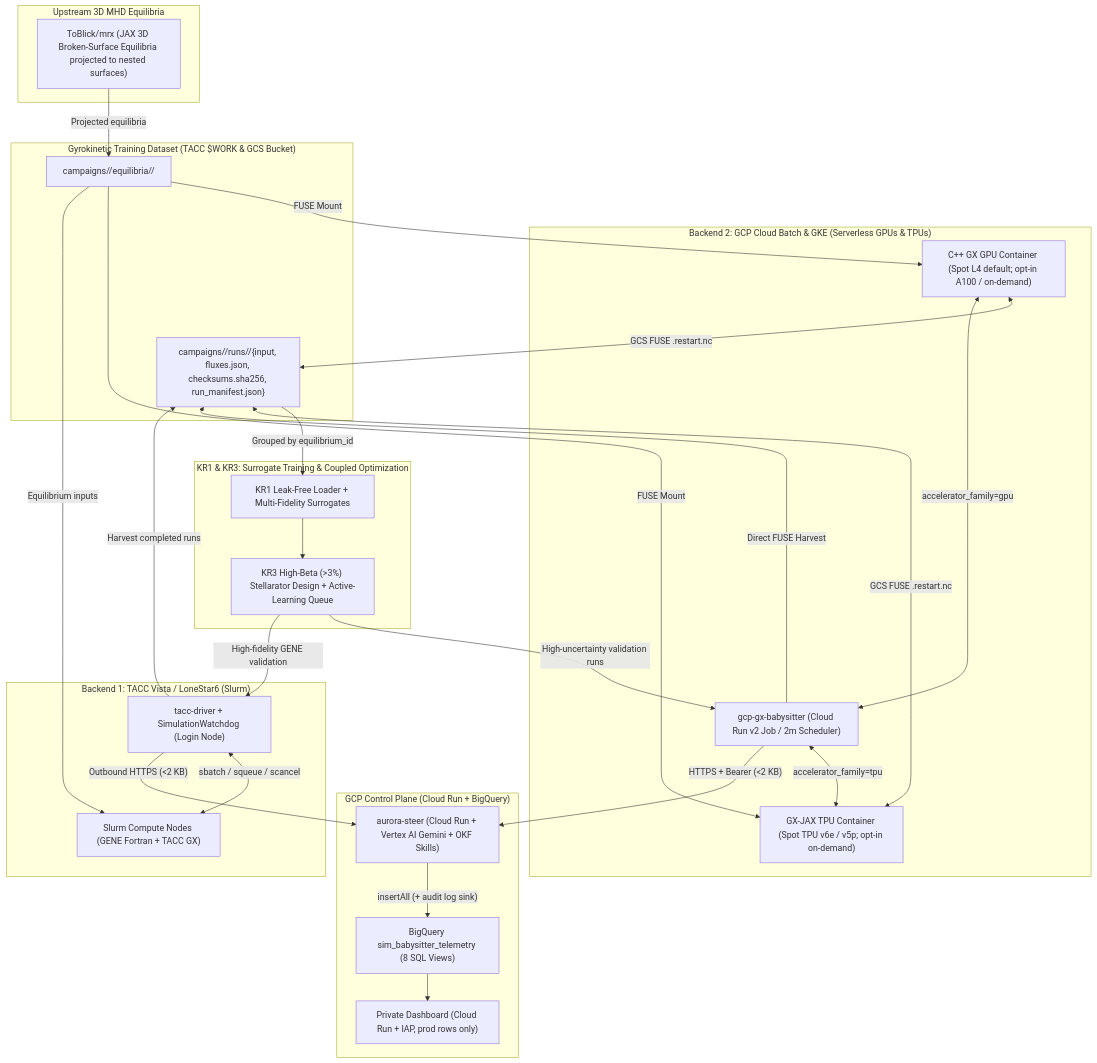
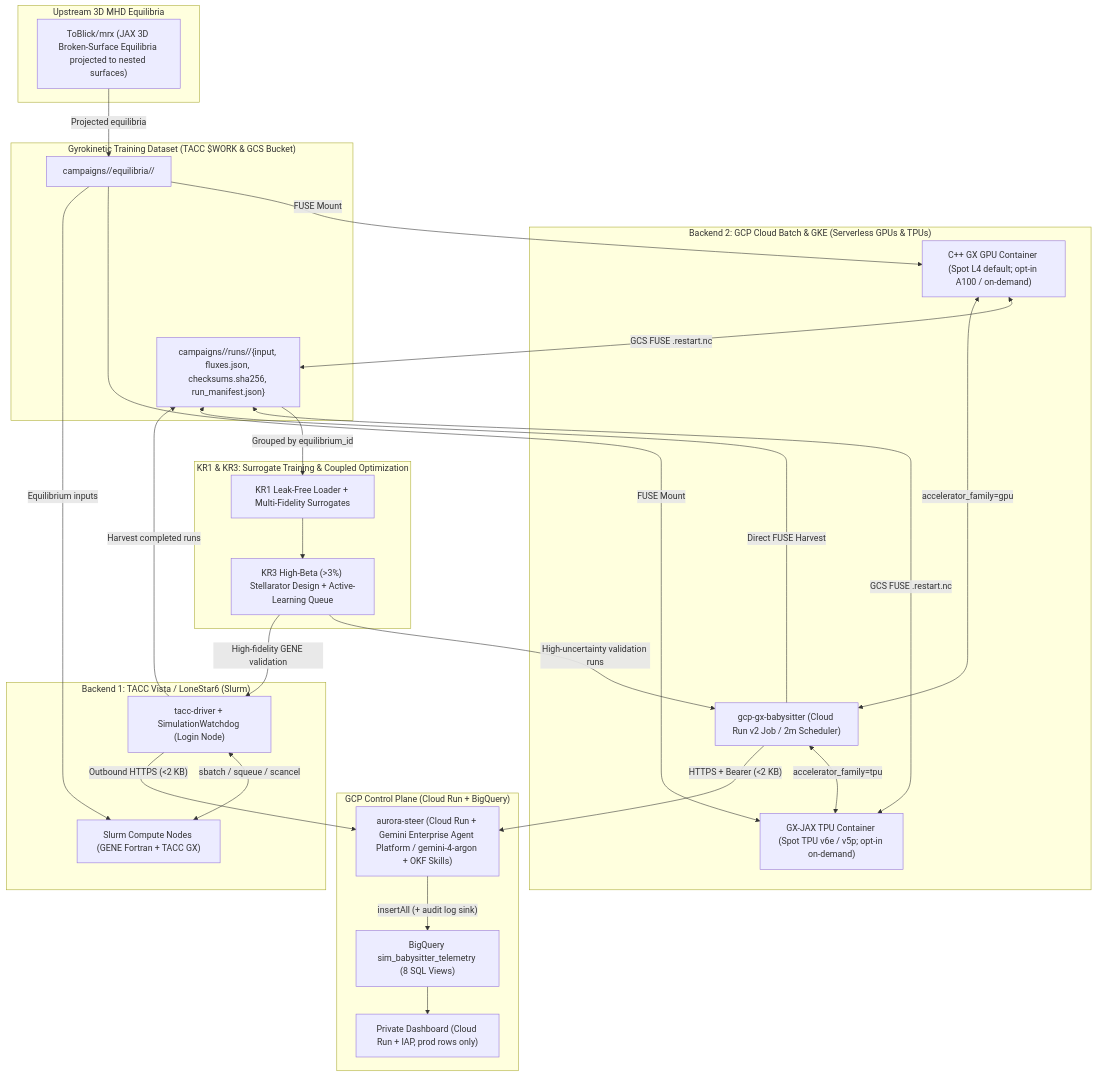
Before and after one commit to jburby88/GoogleAcceleratorAutomatedGKSimulations: the first of 2 diagrams in docs/architecture.md, drawn with Mermaid. The commit also changed other lines of this file and 7 other files, not shown here.

Commit message:
Update docs and diagram to Gemini Enterprise

````diff
--- a/docs/architecture.md
+++ b/docs/architecture.md
@@ -10,53 +10,53 @@
 ```mermaid
 flowchart TD
     subgraph EQ["Upstream 3D MHD Equilibria"]
         MRX["ToBlick/mrx (JAX 3D Broken-Surface Equilibria projected to nested surfaces)"]
     end
 
     subgraph GCP_CTRL["GCP Control Plane (Cloud Run + BigQuery)"]
-        STEER["aurora-steer (Cloud Run + Vertex AI Gemini + OKF Skills)"]
+        STEER["aurora-steer (Cloud Run + Gemini Enterprise Agent Platform / gemini-4-argon + OKF Skills)"]
         BQ["BigQuery sim_babysitter_telemetry (8 SQL Views)"]
         DASH["Private Dashboard (Cloud Run + IAP, prod rows only)"]
         STEER -->|"insertAll (+ audit log sink)"| BQ
         BQ --> DASH
     end
 
     subgraph TACC["Backend 1: TACC Vista / LoneStar6 (Slurm)"]
         TD["tacc-driver + SimulationWatchdog (Login Node)"]
         SLURM["Slurm Compute Nodes (GENE Fortran + TACC GX)"]
         TD <-->|"sbatch / squeue / scancel"| SLURM
     end
 
     subgraph BATCH["Backend 2: GCP Cloud Batch & GKE (Serverless GPUs & TPUs)"]
         GB["gcp-gx-babysitter (Cloud Run v2 Job / 2m Scheduler)"]
         CB_GPU["C++ GX GPU Container (Spot L4 default; opt-in A100 / on-demand)"]
         CB_TPU["GX-JAX TPU Container (Spot TPU v6e / v5p; opt-in on-demand)"]
         GB <-->|"accelerator_family=gpu"| CB_GPU
         GB <-->|"accelerator_family=tpu"| CB_TPU
     end
 
     subgraph DATA["Gyrokinetic Training Dataset (TACC $WORK & GCS Bucket)"]
         GCS_EQ["campaigns/<id>/equilibria/<equilibrium_id>/"]
         GCS_RUNS["campaigns/<id>/runs/<run_id>/{input, fluxes.json, checksums.sha256, run_manifest.json}"]
     end
 
     subgraph ML_OPT["KR1 & KR3: Surrogate Training & Coupled Optimization"]
         KR1["KR1 Leak-Free Loader + Multi-Fidelity Surrogates"]
         KR3["KR3 High-Beta (>3%) Stellarator Design + Active-Learning Queue"]
         KR1 --> KR3
     end
 
     MRX -->|"Projected equilibria"| GCS_EQ
     GCS_EQ -->|"FUSE Mount"| CB_GPU
     GCS_EQ -->|"FUSE Mount"| CB_TPU
     GCS_EQ -->|"Equilibrium inputs"| SLURM
     TD -->|"Outbound HTTPS (<2 KB)"| STEER
     GB -->|"HTTPS + Bearer (<2 KB)"| STEER
     TD -->|"Harvest completed runs"| GCS_RUNS
     CB_GPU <-->|"GCS FUSE .restart.nc"| GCS_RUNS
     CB_TPU <-->|"GCS FUSE .restart.nc"| GCS_RUNS
     GB -->|"Direct FUSE Harvest"| GCS_RUNS
     GCS_RUNS -->|"Grouped by equilibrium_id"| KR1
     KR3 -->|"High-uncertainty validation runs"| GB
     KR3 -->|"High-fidelity GENE validation"| TD
 ```
````
